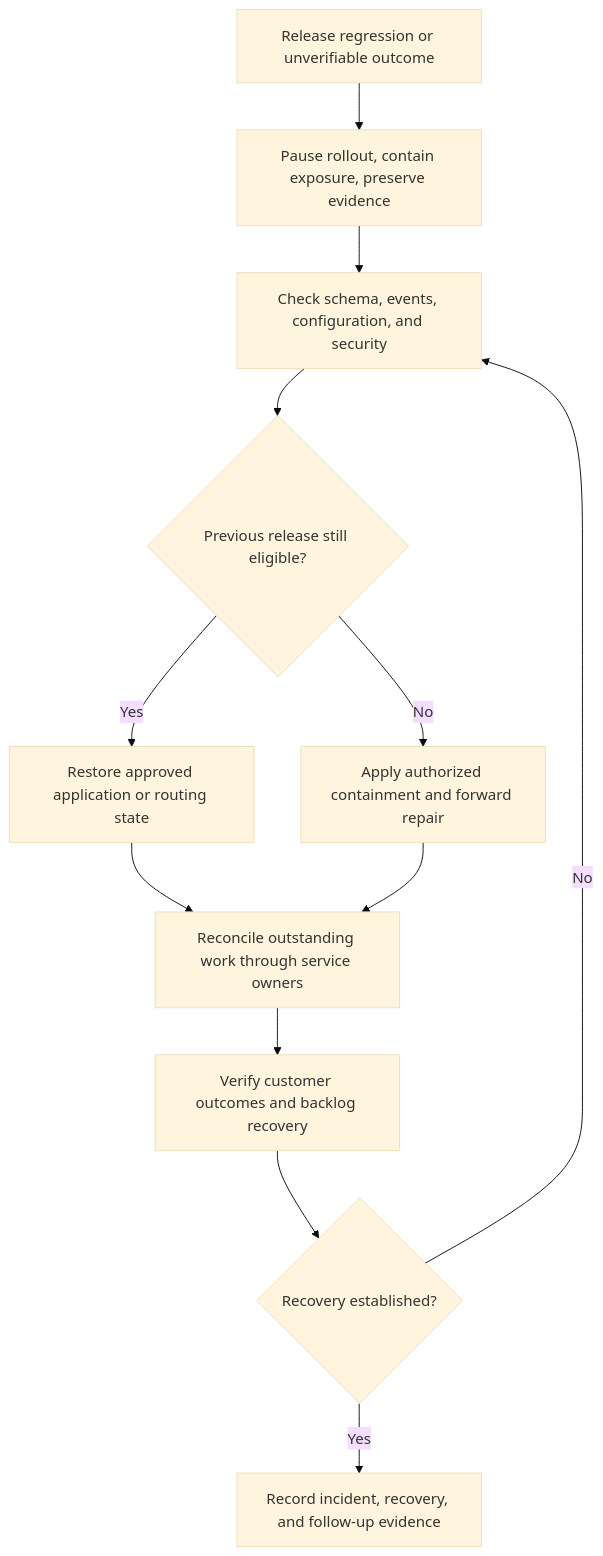
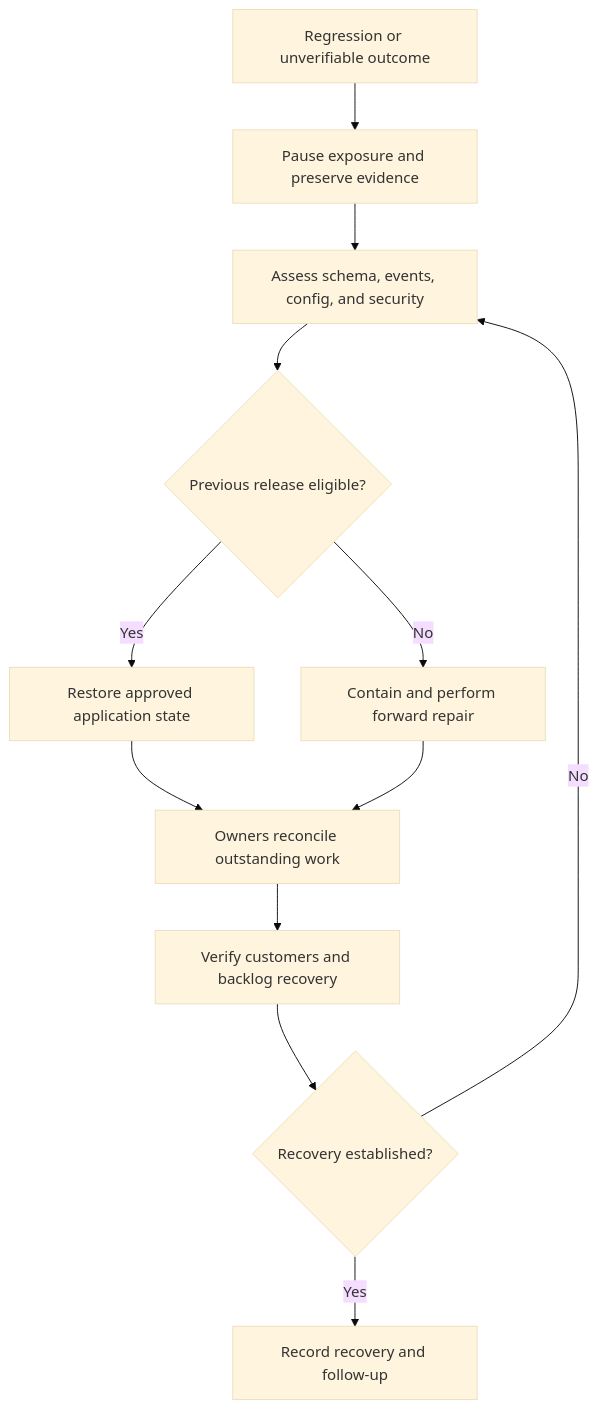
The sixth of 6 diagrams in book/53-ci-cd.md (sheikh-zeeshan/Enterprise-AI-Engineering-Handbook), drawn with Mermaid (base theme) before and after one commit. The commit also changed other lines of this file and 16 other files, not shown here.

````diff
--- a/book/53-ci-cd.md
+++ b/book/53-ci-cd.md
@@ -460,14 +478,14 @@
 ```mermaid
 flowchart TD
-    Signal["Release regression or unverifiable outcome"] --> Contain["Pause rollout, contain exposure, preserve evidence"]
-    Contain --> Assess["Check schema, events, configuration, and security"]
-    Assess --> Safe{"Previous release still eligible?"}
-    Safe -->|Yes| Revert["Restore approved application or routing state"]
-    Safe -->|No| Repair["Apply authorized containment and forward repair"]
-    Revert --> Reconcile["Reconcile outstanding work through service owners"]
+    Signal["Regression or unverifiable outcome"] --> Contain["Pause exposure and preserve evidence"]
+    Contain --> Assess["Assess schema, events, config, and security"]
+    Assess --> Eligible{"Previous release eligible?"}
+    Eligible -->|Yes| Restore["Restore approved application state"]
+    Eligible -->|No| Repair["Contain and perform forward repair"]
+    Restore --> Reconcile["Owners reconcile outstanding work"]
     Repair --> Reconcile
-    Reconcile --> Verify["Verify customer outcomes and backlog recovery"]
+    Reconcile --> Verify["Verify customers and backlog recovery"]
     Verify --> Stable{"Recovery established?"}
     Stable -->|No| Assess
-    Stable -->|Yes| Record["Record incident, recovery, and follow-up evidence"]
+    Stable -->|Yes| Record["Record recovery and follow-up"]
 ```
````
